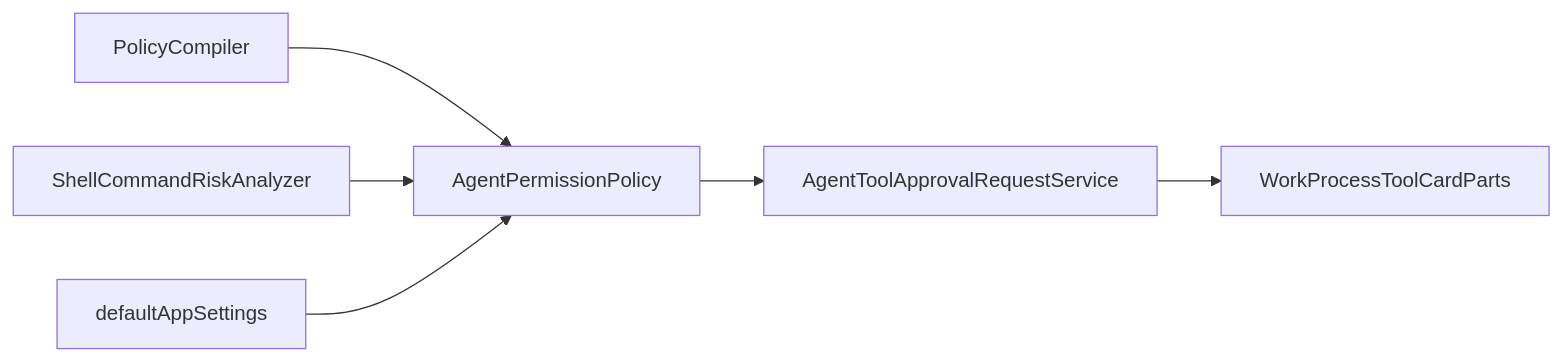
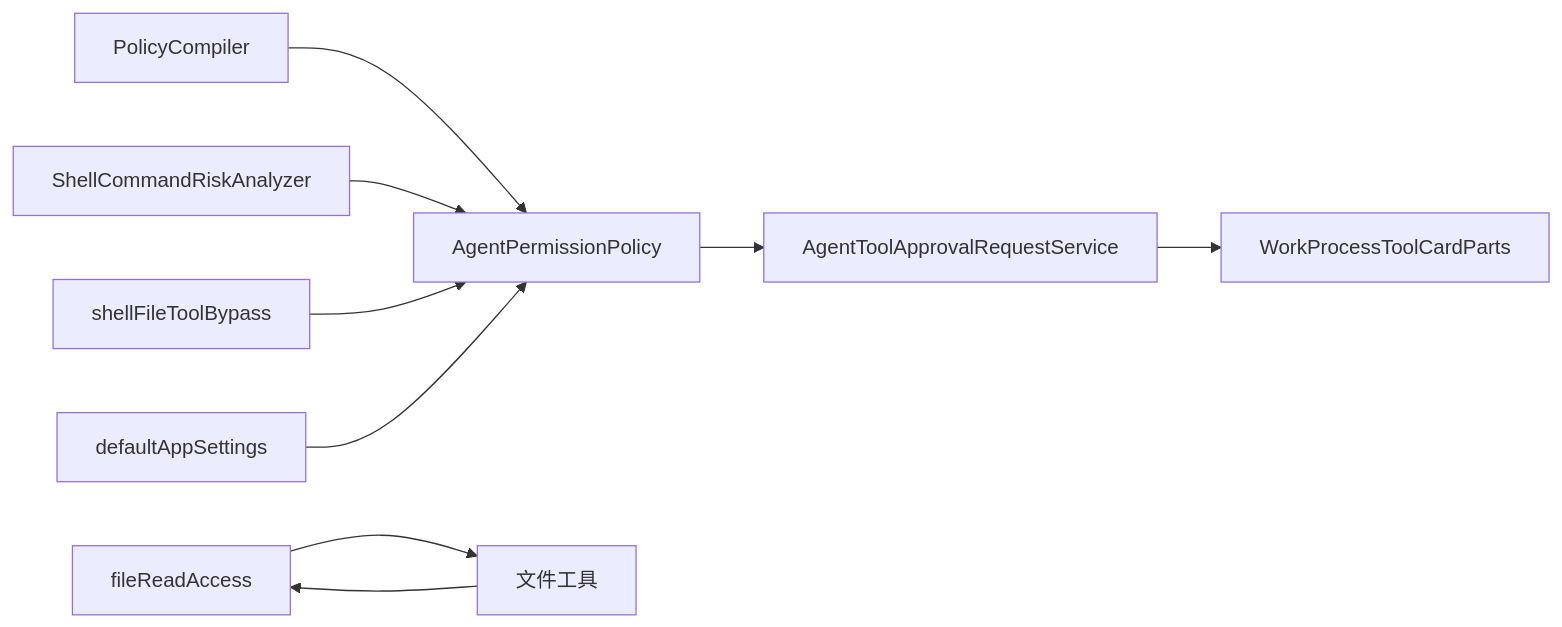
The eighth of 8 diagrams in .qoder/repowiki/zh/content/安全考虑/权限控制系统.md (haolange/RDC-Agent), drawn with Mermaid before and after one commit. The commit also changed other lines of this file and 85 other files, not shown here.

````diff
--- a/.qoder/repowiki/zh/content/安全考虑/权限控制系统.md
+++ b/.qoder/repowiki/zh/content/安全考虑/权限控制系统.md
@@ -277,8 +409,11 @@
 ```mermaid
 graph LR
 PC["PolicyCompiler"] --> APP["AgentPermissionPolicy"]
 SRA["ShellCommandRiskAnalyzer"] --> APP
+SFBB["shellFileToolBypass"] --> APP
 APP --> ATR["AgentToolApprovalRequestService"]
 ATR --> UI["WorkProcessToolCardParts"]
 CFG["defaultAppSettings"] --> APP
+FRA["fileReadAccess"] --> TOOLS["文件工具"]
+TOOLS --> FRA
 ```
````
